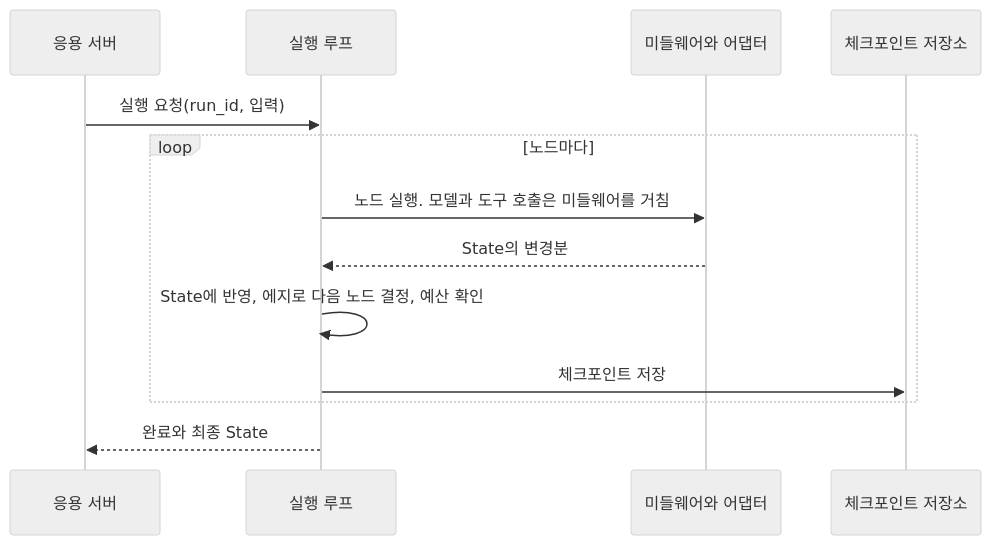
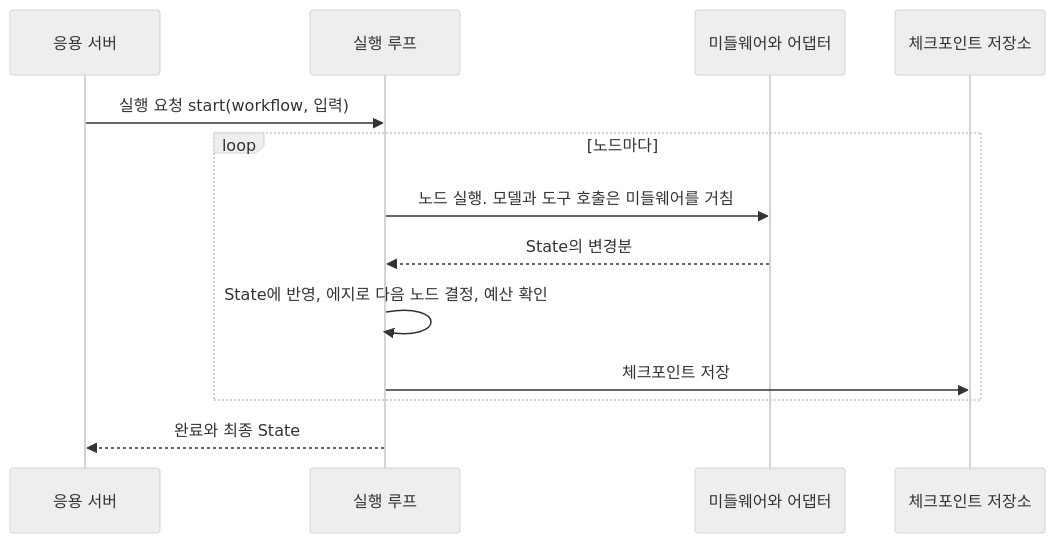
Before and after one commit to iwindfree/ai-agent-framework-architecture: the third of 30 diagrams in 00.architecture.md, drawn with Mermaid (neutral theme). The commit also changed other lines of this file and 1 other file, not shown here.

````diff
--- a/00.architecture.md
+++ b/00.architecture.md
@@ -364,15 +374,15 @@
 ```mermaid
 sequenceDiagram
     participant A as 응용 서버
     participant L as 실행 루프
     participant M as 미들웨어와 어댑터
     participant S as 체크포인트 저장소
-    A->>L: 실행 요청(run_id, 입력)
+    A->>L: 실행 요청 start(workflow, 입력)
     loop 노드마다
         L->>M: 노드 실행. 모델과 도구 호출은 미들웨어를 거침
         M-->>L: State의 변경분
         L->>L: State에 반영, 에지로 다음 노드 결정, 예산 확인
         L->>S: 체크포인트 저장
     end
     L-->>A: 완료와 최종 State
 ```
````
